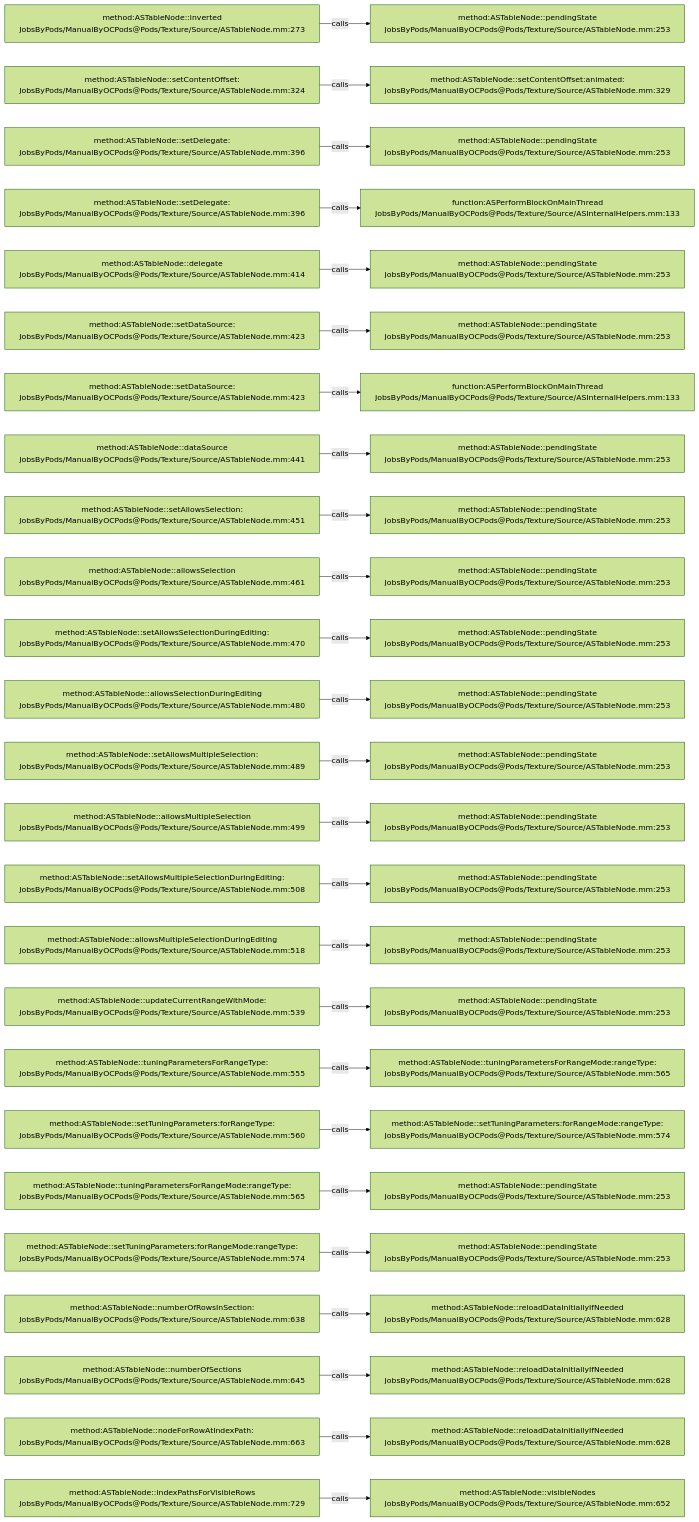
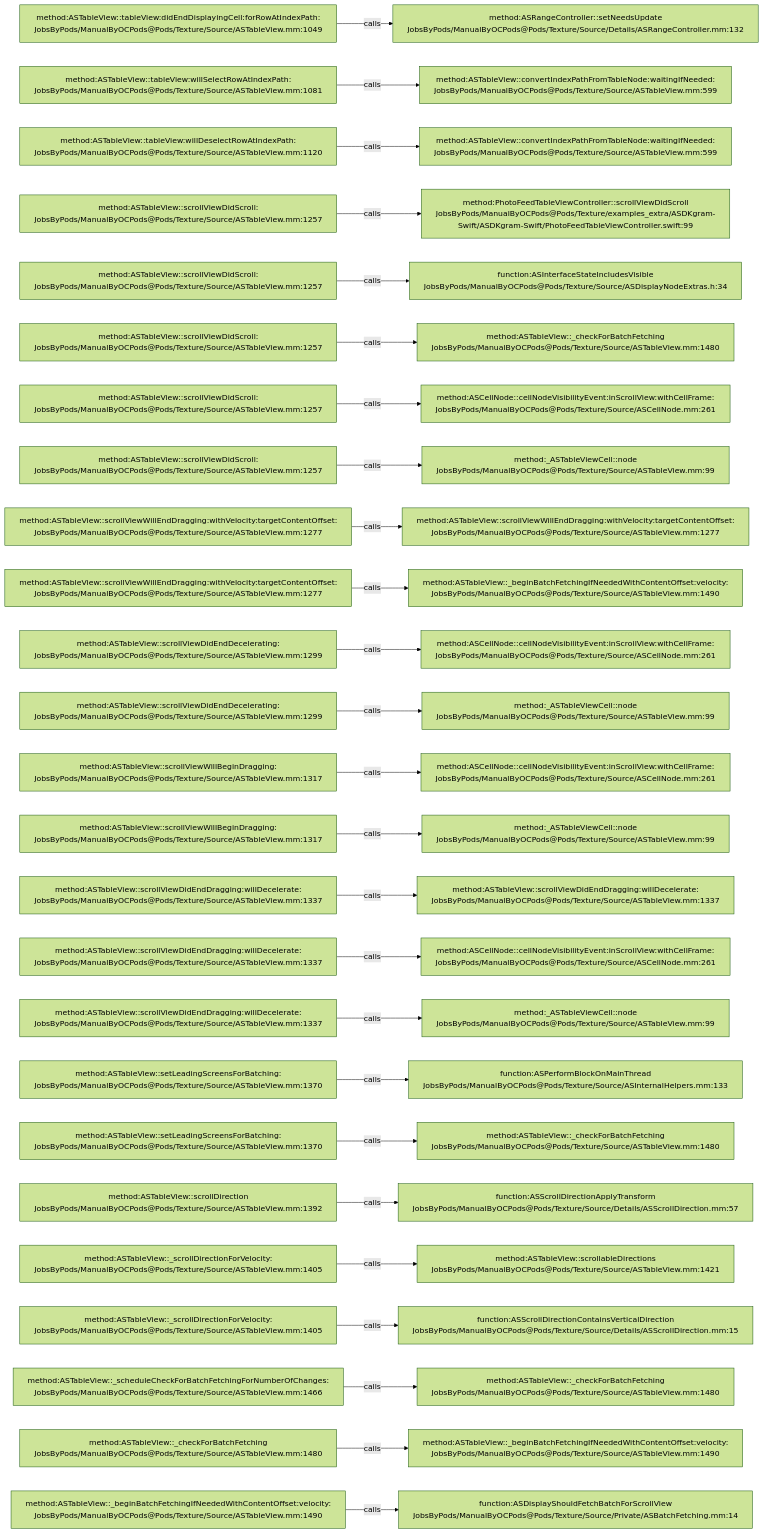
The diagram in .codegraph/codegraph.md/graphs/calls-131.md (JobsKits/JobsOCBaseConfigDemo), drawn with Mermaid (forest theme) before and after one commit. The commit also changed 1223 other files, not shown here.

````diff
--- a/.codegraph/codegraph.md/graphs/calls-131.md
+++ b/.codegraph/codegraph.md/graphs/calls-131.md
@@ -13,78 +13,78 @@
 ```mermaid
 flowchart LR
-  S1["method:ASTableNode::inverted<br/>JobsByPods/ManualByOCPods@Pods/Texture/Source/ASTableNode.mm:273"]
-  T1["method:ASTableNode::pendingState<br/>JobsByPods/ManualByOCPods@Pods/Texture/Source/ASTableNode.mm:253"]
+  S1["method:ASTableView::tableView:didEndDisplayingCell:forRowAtIndexPath:<br/>JobsByPods/ManualByOCPods@Pods/Texture/Source/ASTableView.mm:1049"]
+  T1["method:ASRangeController::setNeedsUpdate<br/>JobsByPods/ManualByOCPods@Pods/Texture/Source/Details/ASRangeController.mm:132"]
   S1 -->|calls| T1
-  S2["method:ASTableNode::setContentOffset:<br/>JobsByPods/ManualByOCPods@Pods/Texture/Source/ASTableNode.mm:324"]
-  T2["method:ASTableNode::setContentOffset:animated:<br/>JobsByPods/ManualByOCPods@Pods/Texture/Source/ASTableNode.mm:329"]
+  S2["method:ASTableView::tableView:willSelectRowAtIndexPath:<br/>JobsByPods/ManualByOCPods@Pods/Texture/Source/ASTableView.mm:1081"]
+  T2["method:ASTableView::convertIndexPathFromTableNode:waitingIfNeeded:<br/>JobsByPods/ManualByOCPods@Pods/Texture/Source/ASTableView.mm:599"]
   S2 -->|calls| T2
-  S3["method:ASTableNode::setDelegate:<br/>JobsByPods/ManualByOCPods@Pods/Texture/Source/ASTableNode.mm:396"]
-  T3["method:ASTableNode::pendingState<br/>JobsByPods/ManualByOCPods@Pods/Texture/Source/ASTableNode.mm:253"]
+  S3["method:ASTableView::tableView:willDeselectRowAtIndexPath:<br/>JobsByPods/ManualByOCPods@Pods/Texture/Source/ASTableView.mm:1120"]
+  T3["method:ASTableView::convertIndexPathFromTableNode:waitingIfNeeded:<br/>JobsByPods/ManualByOCPods@Pods/Texture/Source/ASTableView.mm:599"]
   S3 -->|calls| T3
-  S4["method:ASTableNode::setDelegate:<br/>JobsByPods/ManualByOCPods@Pods/Texture/Source/ASTableNode.mm:396"]
-  T4["function:ASPerformBlockOnMainThread<br/>JobsByPods/ManualByOCPods@Pods/Texture/Source/ASInternalHelpers.mm:133"]
+  S4["method:ASTableView::scrollViewDidScroll:<br/>JobsByPods/ManualByOCPods@Pods/Texture/Source/ASTableView.mm:1257"]
+  T4["method:PhotoFeedTableViewController::scrollViewDidScroll<br/>JobsByPods/ManualByOCPods@Pods/Texture/examples_extra/ASDKgram-Swift/ASDKgram-Swift/PhotoFeedTableViewController.swift:99"]
   S4 -->|calls| T4
-  S5["method:ASTableNode::delegate<br/>JobsByPods/ManualByOCPods@Pods/Texture/Source/ASTableNode.mm:414"]
-  T5["method:ASTableNode::pendingState<br/>JobsByPods/ManualByOCPods@Pods/Texture/Source/ASTableNode.mm:253"]
+  S5["method:ASTableView::scrollViewDidScroll:<br/>JobsByPods/ManualByOCPods@Pods/Texture/Source/ASTableView.mm:1257"]
+  T5["function:ASInterfaceStateIncludesVisible<br/>JobsByPods/ManualByOCPods@Pods/Texture/Source/ASDisplayNodeExtras.h:34"]
   S5 -->|calls| T5
-  S6["method:ASTableNode::setDataSource:<br/>JobsByPods/ManualByOCPods@Pods/Texture/Source/ASTableNode.mm:423"]
-  T6["method:ASTableNode::pendingState<br/>JobsByPods/ManualByOCPods@Pods/Texture/Source/ASTableNode.mm:253"]
+  S6["method:ASTableView::scrollViewDidScroll:<br/>JobsByPods/ManualByOCPods@Pods/Texture/Source/ASTableView.mm:1257"]
+  T6["method:ASTableView::_checkForBatchFetching<br/>JobsByPods/ManualByOCPods@Pods/Texture/Source/ASTableView.mm:1480"]
   S6 -->|calls| T6
-  S7["method:ASTableNode::setDataSource:<br/>JobsByPods/ManualByOCPods@Pods/Texture/Source/ASTableNode.mm:423"]
-  T7["function:ASPerformBlockOnMainThread<br/>JobsByPods/ManualByOCPods@Pods/Texture/Source/ASInternalHelpers.mm:133"]
+  S7["method:ASTableView::scrollViewDidScroll:<br/>JobsByPods/ManualByOCPods@Pods/Texture/Source/ASTableView.mm:1257"]
+  T7["method:ASCellNode::cellNodeVisibilityEvent:inScrollView:withCellFrame:<br/>JobsByPods/ManualByOCPods@Pods/Texture/Source/ASCellNode.mm:261"]
   S7 -->|calls| T7
-  S8["method:ASTableNode::dataSource<br/>JobsByPods/ManualByOCPods@Pods/Texture/Source/ASTableNode.mm:441"]
-  T8["method:ASTableNode::pendingState<br/>JobsByPods/ManualByOCPods@Pods/Texture/Source/ASTableNode.mm:253"]
+  S8["method:ASTableView::scrollViewDidScroll:<br/>JobsByPods/ManualByOCPods@Pods/Texture/Source/ASTableView.mm:1257"]
+  T8["method:_ASTableViewCell::node<br/>JobsByPods/ManualByOCPods@Pods/Texture/Source/ASTableView.mm:99"]
   S8 -->|calls| T8
-  S9["method:ASTableNode::setAllowsSelection:<br/>JobsByPods/ManualByOCPods@Pods/Texture/Source/ASTableNode.mm:451"]
-  T9["method:ASTableNode::pendingState<br/>JobsByPods/ManualByOCPods@Pods/Texture/Source/ASTableNode.mm:253"]
+  S9["method:ASTableView::scrollViewWillEndDragging:withVelocity:targetContentOffset:<br/>JobsByPods/ManualByOCPods@Pods/Texture/Source/ASTableView.mm:1277"]
+  T9["method:ASTableView::scrollViewWillEndDragging:withVelocity:targetContentOffset:<br/>JobsByPods/ManualByOCPods@Pods/Texture/Source/ASTableView.mm:1277"]
   S9 -->|calls| T9
-  S10["method:ASTableNode::allowsSelection<br/>JobsByPods/ManualByOCPods@Pods/Texture/Source/ASTableNode.mm:461"]
-  T10["method:ASTableNode::pendingState<br/>JobsByPods/ManualByOCPods@Pods/Texture/Source/ASTableNode.mm:253"]
+  S10["method:ASTableView::scrollViewWillEndDragging:withVelocity:targetContentOffset:<br/>JobsByPods/ManualByOCPods@Pods/Texture/Source/ASTableView.mm:1277"]
+  T10["method:ASTableView::_beginBatchFetchingIfNeededWithContentOffset:velocity:<br/>JobsByPods/ManualByOCPods@Pods/Texture/Source/ASTableView.mm:1490"]
   S10 -->|calls| T10
-  S11["method:ASTableNode::setAllowsSelectionDuringEditing:<br/>JobsByPods/ManualByOCPods@Pods/Texture/Source/ASTableNode.mm:470"]
-  T11["method:ASTableNode::pendingState<br/>JobsByPods/ManualByOCPods@Pods/Texture/Source/ASTableNode.mm:253"]
+  S11["method:ASTableView::scrollViewDidEndDecelerating:<br/>JobsByPods/ManualByOCPods@Pods/Texture/Source/ASTableView.mm:1299"]
+  T11["method:ASCellNode::cellNodeVisibilityEvent:inScrollView:withCellFrame:<br/>JobsByPods/ManualByOCPods@Pods/Texture/Source/ASCellNode.mm:261"]
   S11 -->|calls| T11
-  S12["method:ASTableNode::allowsSelectionDuringEditing<br/>JobsByPods/ManualByOCPods@Pods/Texture/Source/ASTableNode.mm:480"]
-  T12["method:ASTableNode::pendingState<br/>JobsByPods/ManualByOCPods@Pods/Texture/Source/ASTableNode.mm:253"]
+  S12["method:ASTableView::scrollViewDidEndDecelerating:<br/>JobsByPods/ManualByOCPods@Pods/Texture/Source/ASTableView.mm:1299"]
+  T12["method:_ASTableViewCell::node<br/>JobsByPods/ManualByOCPods@Pods/Texture/Source/ASTableView.mm:99"]
   S12 -->|calls| T12
-  S13["method:ASTableNode::setAllowsMultipleSelection:<br/>JobsByPods/ManualByOCPods@Pods/Texture/Source/ASTableNode.mm:489"]
-  T13["method:ASTableNode::pendingState<br/>JobsByPods/ManualByOCPods@Pods/Texture/Source/ASTableNode.mm:253"]
+  S13["method:ASTableView::scrollViewWillBeginDragging:<br/>JobsByPods/ManualByOCPods@Pods/Texture/Source/ASTableView.mm:1317"]
+  T13["method:ASCellNode::cellNodeVisibilityEvent:inScrollView:withCellFrame:<br/>JobsByPods/ManualByOCPods@Pods/Texture/Source/ASCellNode.mm:261"]
   S13 -->|calls| T13
-  S14["method:ASTableNode::allowsMultipleSelection<br/>JobsByPods/ManualByOCPods@Pods/Texture/Source/ASTableNode.mm:499"]
-  T14["method:ASTableNode::pendingState<br/>JobsByPods/ManualByOCPods@Pods/Texture/Source/ASTableNode.mm:253"]
+  S14["method:ASTableView::scrollViewWillBeginDragging:<br/>JobsByPods/ManualByOCPods@Pods/Texture/Source/ASTableView.mm:1317"]
+  T14["method:_ASTableViewCell::node<br/>JobsByPods/ManualByOCPods@Pods/Texture/Source/ASTableView.mm:99"]
   S14 -->|calls| T14
-  S15["method:ASTableNode::setAllowsMultipleSelectionDuringEditing:<br/>JobsByPods/ManualByOCPods@Pods/Texture/Source/ASTableNode.mm:508"]
-  T15["method:ASTableNode::pendingState<br/>JobsByPods/ManualByOCPods@Pods/Texture/Source/ASTableNode.mm:253"]
+  S15["method:ASTableView::scrollViewDidEndDragging:willDecelerate:<br/>JobsByPods/ManualByOCPods@Pods/Texture/Source/ASTableView.mm:1337"]
+  T15["method:ASTableView::scrollViewDidEndDragging:willDecelerate:<br/>JobsByPods/ManualByOCPods@Pods/Texture/Source/ASTableView.mm:1337"]
   S15 -->|calls| T15
-  S16["method:ASTableNode::allowsMultipleSelectionDuringEditing<br/>JobsByPods/ManualByOCPods@Pods/Texture/Source/ASTableNode.mm:518"]
-  T16["method:ASTableNode::pendingState<br/>JobsByPods/ManualByOCPods@Pods/Texture/Source/ASTableNode.mm:253"]
+  S16["method:ASTableView::scrollViewDidEndDragging:willDecelerate:<br/>JobsByPods/ManualByOCPods@Pods/Texture/Source/ASTableView.mm:1337"]
+  T16["method:ASCellNode::cellNodeVisibilityEvent:inScrollView:withCellFrame:<br/>JobsByPods/ManualByOCPods@Pods/Texture/Source/ASCellNode.mm:261"]
   S16 -->|calls| T16
-  S17["method:ASTableNode::updateCurrentRangeWithMode:<br/>JobsByPods/ManualByOCPods@Pods/Texture/Source/ASTableNode.mm:539"]
-  T17["method:ASTableNode::pendingState<br/>JobsByPods/ManualByOCPods@Pods/Texture/Source/ASTableNode.mm:253"]
+  S17["method:ASTableView::scrollViewDidEndDragging:willDecelerate:<br/>JobsByPods/ManualByOCPods@Pods/Texture/Source/ASTableView.mm:1337"]
+  T17["method:_ASTableViewCell::node<br/>JobsByPods/ManualByOCPods@Pods/Texture/Source/ASTableView.mm:99"]
   S17 -->|calls| T17
-  S18["method:ASTableNode::tuningParametersForRangeType:<br/>JobsByPods/ManualByOCPods@Pods/Texture/Source/ASTableNode.mm:555"]
-  T18["method:ASTableNode::tuningParametersForRangeMode:rangeType:<br/>JobsByPods/ManualByOCPods@Pods/Texture/Source/ASTableNode.mm:565"]
+  S18["method:ASTableView::setLeadingScreensForBatching:<br/>JobsByPods/ManualByOCPods@Pods/Texture/Source/ASTableView.mm:1370"]
+  T18["function:ASPerformBlockOnMainThread<br/>JobsByPods/ManualByOCPods@Pods/Texture/Source/ASInternalHelpers.mm:133"]
   S18 -->|calls| T18
-  S19["method:ASTableNode::setTuningParameters:forRangeType:<br/>JobsByPods/ManualByOCPods@Pods/Texture/Source/ASTableNode.mm:560"]
-  T19["method:ASTableNode::setTuningParameters:forRangeMode:rangeType:<br/>JobsByPods/ManualByOCPods@Pods/Texture/Source/ASTableNode.mm:574"]
+  S19["method:ASTableView::setLeadingScreensForBatching:<br/>JobsByPods/ManualByOCPods@Pods/Texture/Source/ASTableView.mm:1370"]
+  T19["method:ASTableView::_checkForBatchFetching<br/>JobsByPods/ManualByOCPods@Pods/Texture/Source/ASTableView.mm:1480"]
   S19 -->|calls| T19
-  S20["method:ASTableNode::tuningParametersForRangeMode:rangeType:<br/>JobsByPods/ManualByOCPods@Pods/Texture/Source/ASTableNode.mm:565"]
-  T20["method:ASTableNode::pendingState<br/>JobsByPods/ManualByOCPods@Pods/Texture/Source/ASTableNode.mm:253"]
+  S20["method:ASTableView::scrollDirection<br/>JobsByPods/ManualByOCPods@Pods/Texture/Source/ASTableView.mm:1392"]
+  T20["function:ASScrollDirectionApplyTransform<br/>JobsByPods/ManualByOCPods@Pods/Texture/Source/Details/ASScrollDirection.mm:57"]
   S20 -->|calls| T20
-  S21["method:ASTableNode::setTuningParameters:forRangeMode:rangeType:<br/>JobsByPods/ManualByOCPods@Pods/Texture/Source/ASTableNode.mm:574"]
-  T21["method:ASTableNode::pendingState<br/>JobsByPods/ManualByOCPods@Pods/Texture/Source/ASTableNode.mm:253"]
+  S21["method:ASTableView::_scrollDirectionForVelocity:<br/>JobsByPods/ManualByOCPods@Pods/Texture/Source/ASTableView.mm:1405"]
+  T21["method:ASTableView::scrollableDirections<br/>JobsByPods/ManualByOCPods@Pods/Texture/Source/ASTableView.mm:1421"]
   S21 -->|calls| T21
-  S22["method:ASTableNode::numberOfRowsInSection:<br/>JobsByPods/ManualByOCPods@Pods/Texture/Source/ASTableNode.mm:638"]
-  T22["method:ASTableNode::reloadDataInitiallyIfNeeded<br/>JobsByPods/ManualByOCPods@Pods/Texture/Source/ASTableNode.mm:628"]
+  S22["method:ASTableView::_scrollDirectionForVelocity:<br/>JobsByPods/ManualByOCPods@Pods/Texture/Source/ASTableView.mm:1405"]
+  T22["function:ASScrollDirectionContainsVerticalDirection<br/>JobsByPods/ManualByOCPods@Pods/Texture/Source/Details/ASScrollDirection.mm:15"]
   S22 -->|calls| T22
-  S23["method:ASTableNode::numberOfSections<br/>JobsByPods/ManualByOCPods@Pods/Texture/Source/ASTableNode.mm:645"]
-  T23["method:ASTableNode::reloadDataInitiallyIfNeeded<br/>JobsByPods/ManualByOCPods@Pods/Texture/Source/ASTableNode.mm:628"]
+  S23["method:ASTableView::_scheduleCheckForBatchFetchingForNumberOfChanges:<br/>JobsByPods/ManualByOCPods@Pods/Texture/Source/ASTableView.mm:1466"]
+  T23["method:ASTableView::_checkForBatchFetching<br/>JobsByPods/ManualByOCPods@Pods/Texture/Source/ASTableView.mm:1480"]
   S23 -->|calls| T23
-  S24["method:ASTableNode::nodeForRowAtIndexPath:<br/>JobsByPods/ManualByOCPods@Pods/Texture/Source/ASTableNode.mm:663"]
-  T24["method:ASTableNode::reloadDataInitiallyIfNeeded<br/>JobsByPods/ManualByOCPods@Pods/Texture/Source/ASTableNode.mm:628"]
+  S24["method:ASTableView::_checkForBatchFetching<br/>JobsByPods/ManualByOCPods@Pods/Texture/Source/ASTableView.mm:1480"]
+  T24["method:ASTableView::_beginBatchFetchingIfNeededWithContentOffset:velocity:<br/>JobsByPods/ManualByOCPods@Pods/Texture/Source/ASTableView.mm:1490"]
   S24 -->|calls| T24
-  S25["method:ASTableNode::indexPathsForVisibleRows<br/>JobsByPods/ManualByOCPods@Pods/Texture/Source/ASTableNode.mm:729"]
-  T25["method:ASTableNode::visibleNodes<br/>JobsByPods/ManualByOCPods@Pods/Texture/Source/ASTableNode.mm:652"]
+  S25["method:ASTableView::_beginBatchFetchingIfNeededWithContentOffset:velocity:<br/>JobsByPods/ManualByOCPods@Pods/Texture/Source/ASTableView.mm:1490"]
+  T25["function:ASDisplayShouldFetchBatchForScrollView<br/>JobsByPods/ManualByOCPods@Pods/Texture/Source/Private/ASBatchFetching.mm:14"]
   S25 -->|calls| T25
 ```
````
